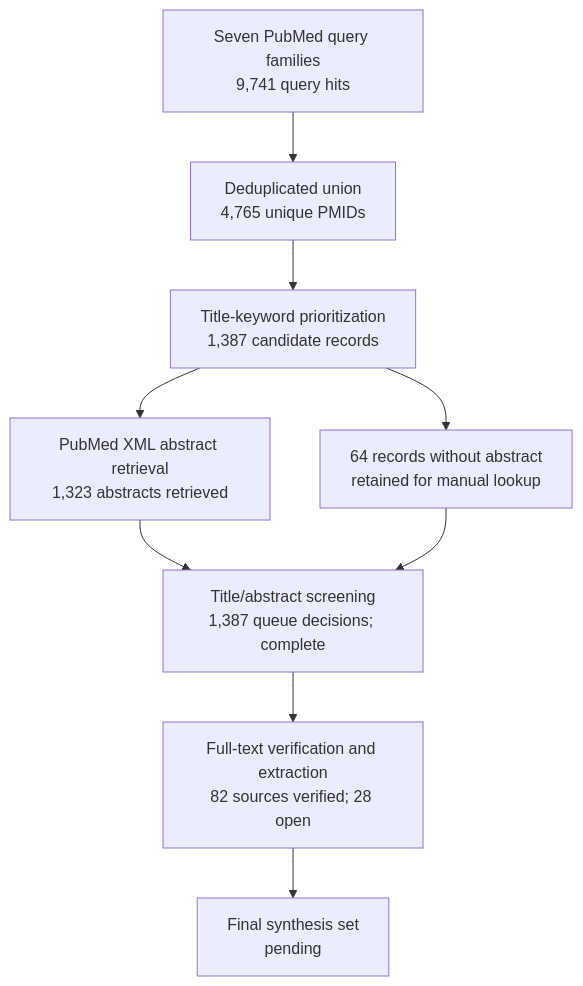
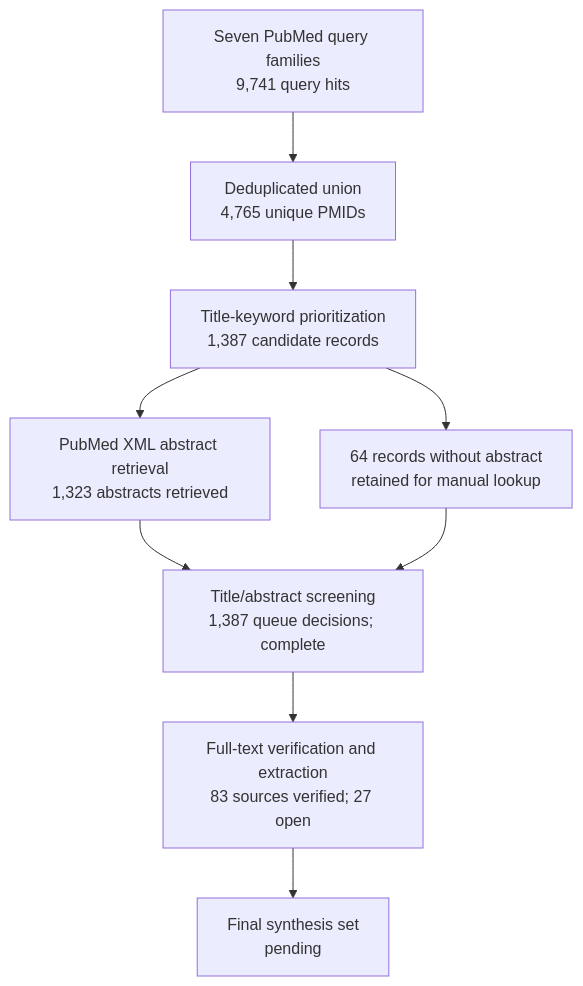
Before and after one commit to dcmcshan/artemisia: the diagram in manuscript/review-flow.md, drawn with Mermaid. The commit also changed other lines of this file and 19 other files, not shown here.

````diff
--- a/manuscript/review-flow.md
+++ b/manuscript/review-flow.md
@@ -5,11 +5,11 @@
 ```mermaid
 flowchart TB
   Q[Seven PubMed query families<br/>9,741 query hits] --> U[Deduplicated union<br/>4,765 unique PMIDs]
   U --> T[Title-keyword prioritization<br/>1,387 candidate records]
   T --> A[PubMed XML abstract retrieval<br/>1,323 abstracts retrieved]
   T --> N[64 records without abstract<br/>retained for manual lookup]
   A --> M[Title/abstract screening<br/>1,387 queue decisions; complete]
   N --> M
-  M --> F[Full-text verification and extraction<br/>82 sources verified; 28 open]
+  M --> F[Full-text verification and extraction<br/>83 sources verified; 27 open]
   F --> S[Final synthesis set<br/>pending]
 ```
````
